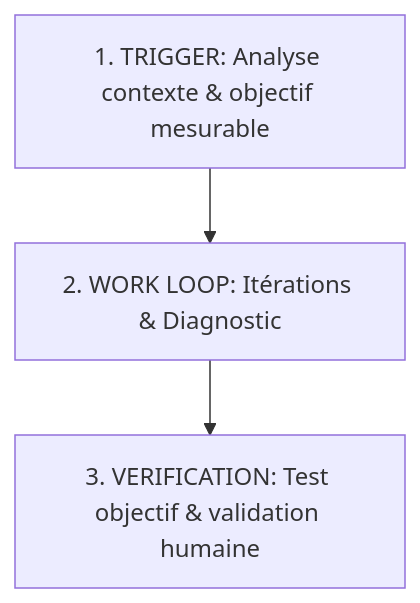
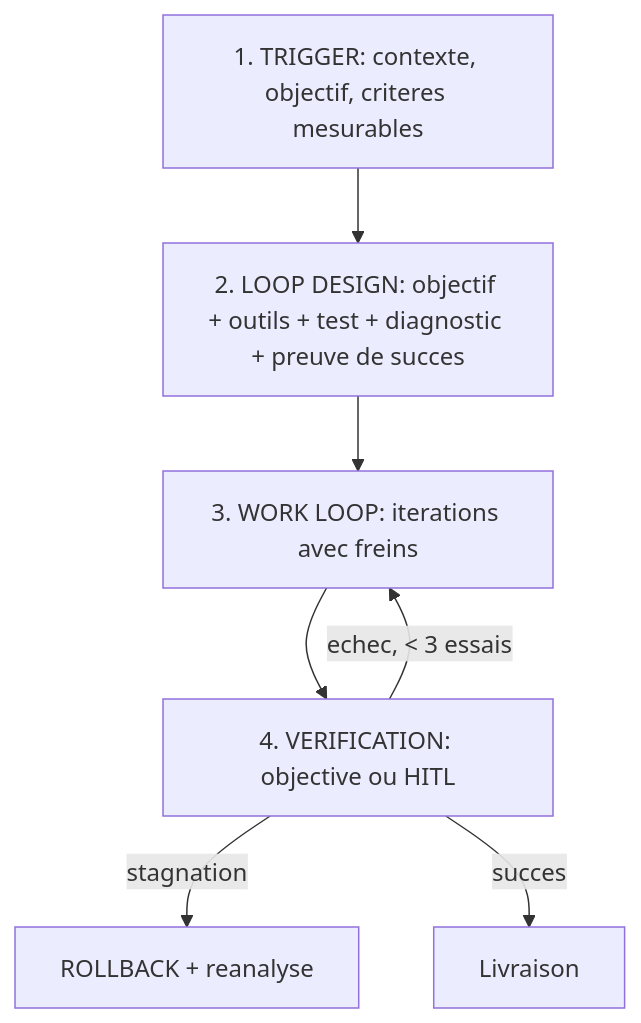
The diagram in .agents/AGENTS.md (CedBern/criterio-osint), drawn with Mermaid before and after one commit. The commit also changed other lines of this file and 62 other files, not shown here.

````diff
--- a/.agents/AGENTS.md
+++ b/.agents/AGENTS.md
@@ -11,5 +9,9 @@
 ```mermaid
 graph TD
-    Trigger[1. TRIGGER: Analyse contexte & objectif mesurable] --> WorkLoop[2. WORK LOOP: Itérations & Diagnostic]
-    WorkLoop --> Verification[3. VERIFICATION: Test objectif & validation humaine]
+    Trigger[1. TRIGGER: contexte, objectif, criteres mesurables] --> Design[2. LOOP DESIGN: objectif + outils + test + diagnostic + preuve de succes]
+    Design --> WorkLoop[3. WORK LOOP: iterations avec freins]
+    WorkLoop --> Verification[4. VERIFICATION: objective ou HITL]
+    Verification -->|echec, < 3 essais| WorkLoop
+    Verification -->|stagnation| Rollback[ROLLBACK + reanalyse]
+    Verification -->|succes| Livraison
 ```
````
